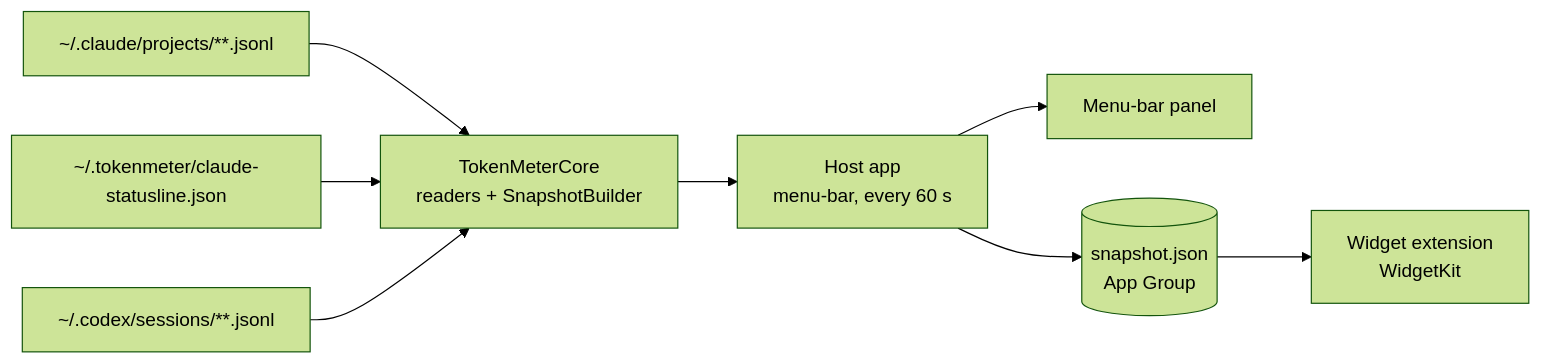
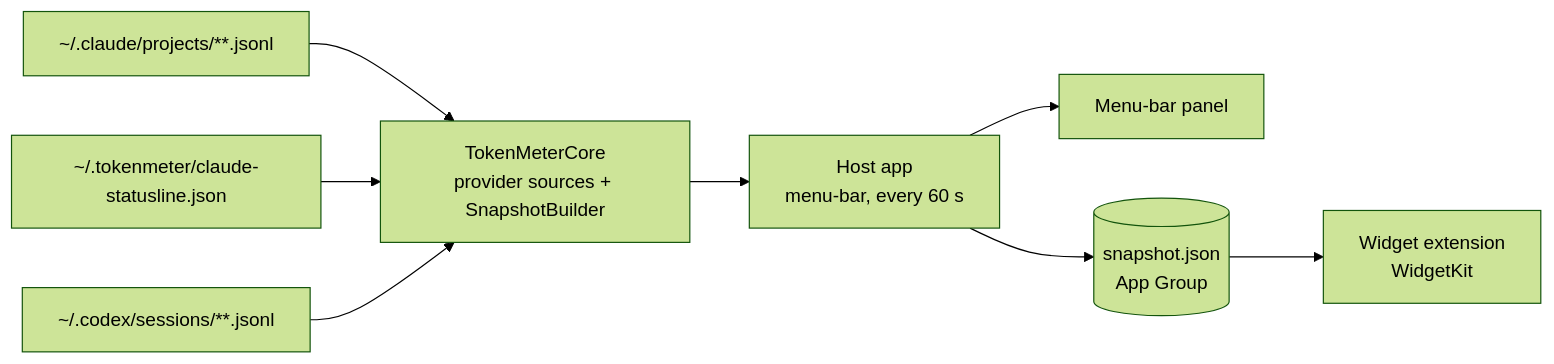
One commit to fmmenchi/tokenmeter changed the first of 2 diagrams in docs/concepts/index.md. Above: the diagram before and after it, drawn with Mermaid (forest theme). The commit also changed other lines of this file and 3 other files, not shown here.

````diff
--- a/docs/concepts/index.md
+++ b/docs/concepts/index.md
@@ -37,10 +37,10 @@
 ```mermaid
 flowchart LR
   claudeLogs["~/.claude/projects/**.jsonl"] --> core
   statusline["~/.tokenmeter/claude-statusline.json"] --> core
   codexLogs["~/.codex/sessions/**.jsonl"] --> core
-  core["TokenMeterCore<br/>readers + SnapshotBuilder"] --> app["Host app<br/>menu-bar, every 60 s"]
+  core["TokenMeterCore<br/>provider sources + SnapshotBuilder"] --> app["Host app<br/>menu-bar, every 60 s"]
   app --> panel["Menu-bar panel"]
   app --> snap[("snapshot.json<br/>App Group")]
   snap --> widget["Widget extension<br/>WidgetKit"]
 ```
````
